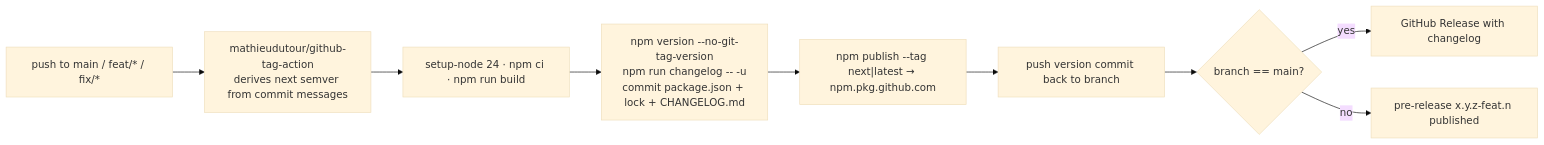
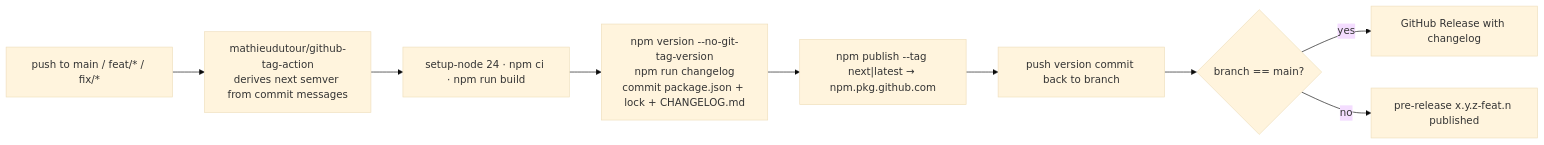
One commit to agronod/mui-components changed the diagram in .agents/steering/library/release/context.md. Above: the diagram before and after it, drawn with Mermaid (base theme). The commit also changed other lines of this file and 2 other files, not shown here.

Commit message:
ci: drop empty unreleased header from generated changelog
The first successful automated run (2.0.0-feat-mui-9.1) wrote an empty
"## Unreleased" section above the release section. With a full-history
checkout the tag action's tag is already at HEAD when the changelog is
generated, so `-r 0` alone writes the new version's section and `-u`
only adds the empty header. Remove the flag; README and steering notes
updated to match.

````diff
--- a/.agents/steering/library/release/context.md
+++ b/.agents/steering/library/release/context.md
@@ -6,11 +6,11 @@
 ```mermaid
 flowchart LR
     push["push to main / feat/* / fix/*"] --> tag["mathieudutour/github-tag-action\nderives next semver from commit messages"]
     tag --> build["setup-node 24 · npm ci · npm run build"]
-    build --> ver["npm version --no-git-tag-version\nnpm run changelog -- -u\ncommit package.json + lock + CHANGELOG.md"]
+    build --> ver["npm version --no-git-tag-version\nnpm run changelog\ncommit package.json + lock + CHANGELOG.md"]
     ver --> pub["npm publish --tag next|latest → npm.pkg.github.com"]
     pub --> pushback["push version commit back to branch"]
     pushback --> rel{"branch == main?"}
     rel -- yes --> ghrel["GitHub Release with changelog"]
     rel -- no --> done["pre-release x.y.z-feat.n published"]
 ```
````
